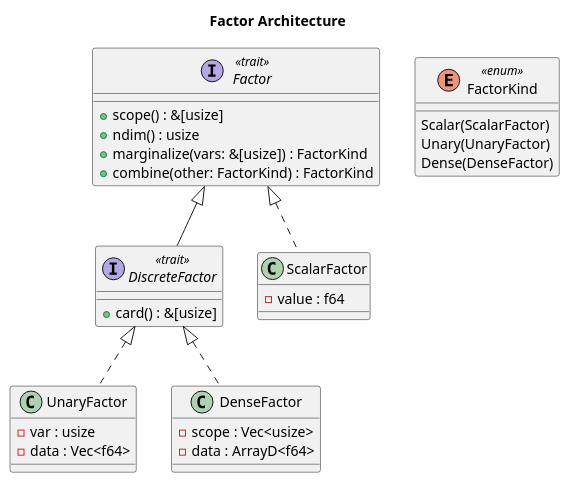
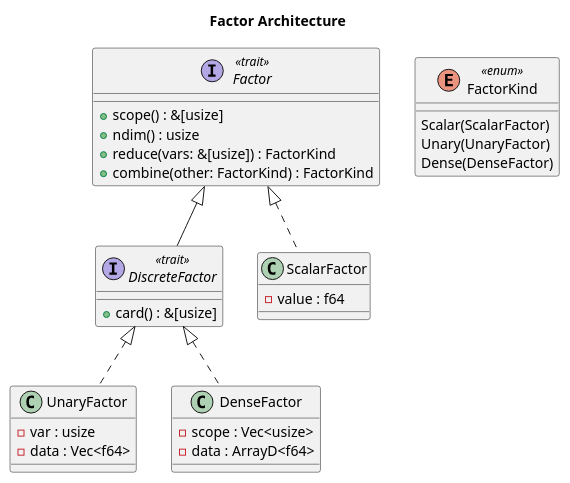
Before and after one commit to crowetc/loopy: the diagram in doc/factors.puml, drawn with PlantUML. The commit also changed 8 other files, not shown here.

Commit message:
rename marginalize to reduce

```diff
--- a/doc/factors.puml
+++ b/doc/factors.puml
@@ -1,42 +1,42 @@
 @startuml
 
 title Factor Architecture
 
 interface Factor <<trait>> {
     +scope() : &[usize]
     +ndim() : usize
-    +marginalize(vars: &[usize]) : FactorKind
+    +reduce(vars: &[usize]) : FactorKind
     +combine(other: FactorKind) : FactorKind
 }
 
 interface DiscreteFactor <<trait>> {
     +card() : &[usize]
 }
 
 class ScalarFactor {
     -value : f64
 }
 
 class UnaryFactor {
     -var : usize
     -data : Vec<f64>
 }
 
 class DenseFactor {
     -scope : Vec<usize>
     -data : ArrayD<f64>
 }
 
 enum FactorKind <<enum>> {
     Scalar(ScalarFactor)
     Unary(UnaryFactor)
     Dense(DenseFactor)
 }
 
 Factor <|-- DiscreteFactor
 
 DiscreteFactor <|.. DenseFactor
 DiscreteFactor <|.. UnaryFactor
 Factor <|.. ScalarFactor
 
 @enduml
```
